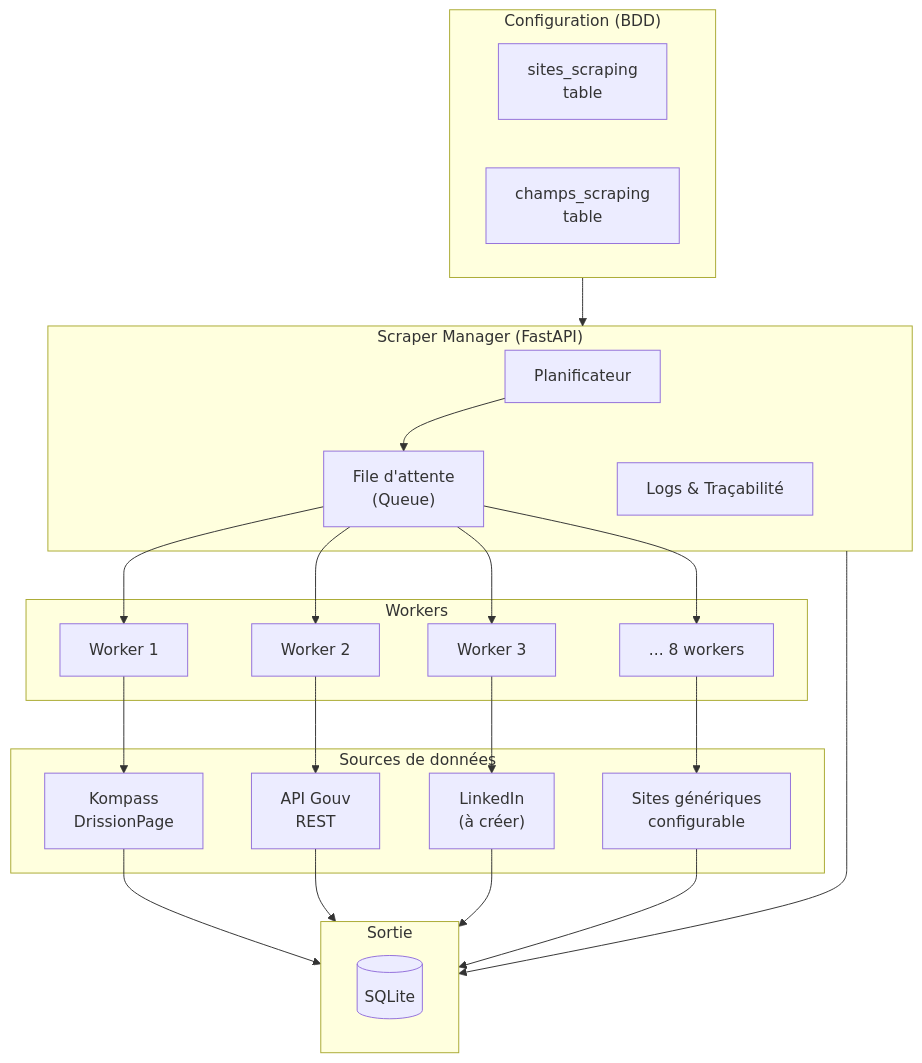
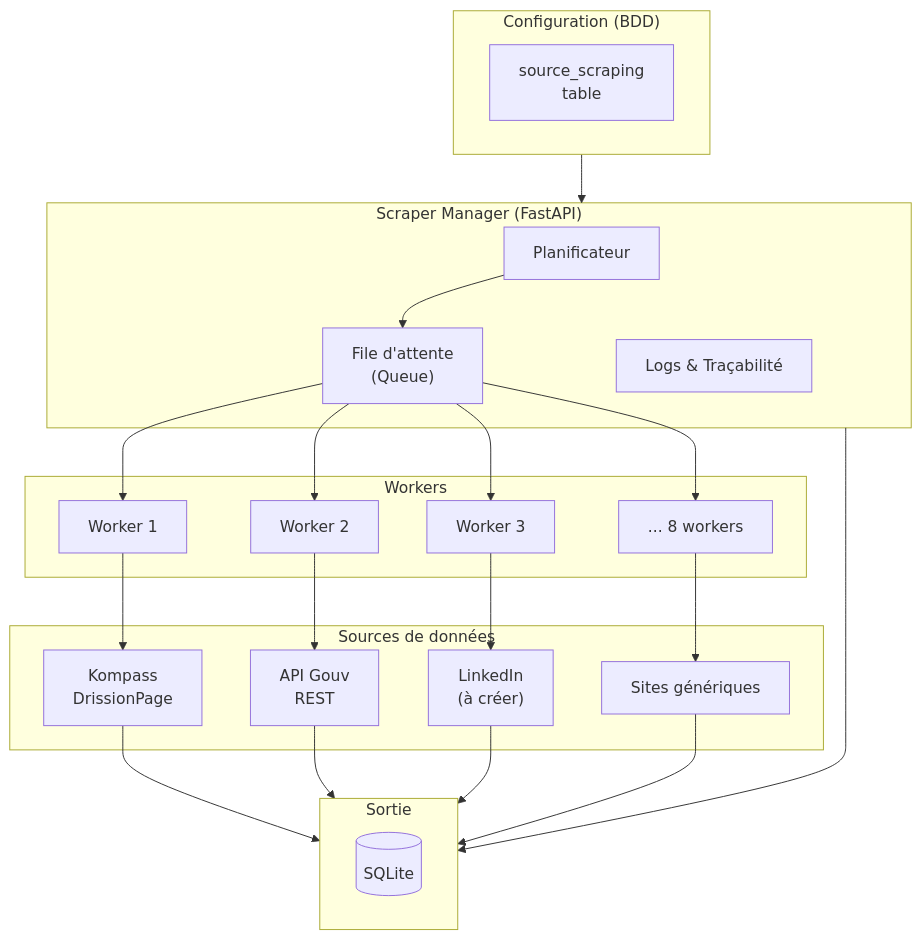
Before and after one commit to Louison-code/Projet-G1-G2: the third of 6 diagrams in Architecture.md, drawn with Mermaid. The commit also changed other lines of this file and 21 other files, not shown here.

First line of the commit message:
Nettoyage BDD : suppression indicateurs/champs_scraping, ajout colonnes financieres

````diff
--- a/Architecture.md
+++ b/Architecture.md
@@ -411,47 +396,46 @@
 ```mermaid
 flowchart TB
     subgraph Config["Configuration (BDD)"]
-        Sites["sites_scraping<br>table"]
-        Champs["champs_scraping<br>table"]
+        Sites["source_scraping<br>table"]
     end
 
     subgraph Orchestrateur["Scraper Manager (FastAPI)"]
         Planificateur["Planificateur"]
         FileAttente["File d'attente<br>(Queue)"]
         Logs["Logs & Traçabilité"]
     end
 
     subgraph Workers["Workers"]
         W1["Worker 1"]
         W2["Worker 2"]
         W3["Worker 3"]
         W4["... 8 workers"]
     end
 
     subgraph Sources["Sources de données"]
         K["Kompass<br>DrissionPage"]
         A["API Gouv<br>REST"]
         L["LinkedIn<br>(à créer)"]
-        SG["Sites génériques<br>configurable"]
+        SG["Sites génériques"]
     end
 
     subgraph Output["Sortie"]
         DB[(SQLite)]
     end
 
     Config --> Orchestrateur
     Planificateur --> FileAttente
     FileAttente --> W1
     FileAttente --> W2
     FileAttente --> W3
     FileAttente --> W4
     W1 --> K
     W2 --> A
     W3 --> L
     W4 --> SG
     K --> Output
     A --> Output
     L --> Output
     SG --> Output
     Orchestrateur --> Output
 ```
````
